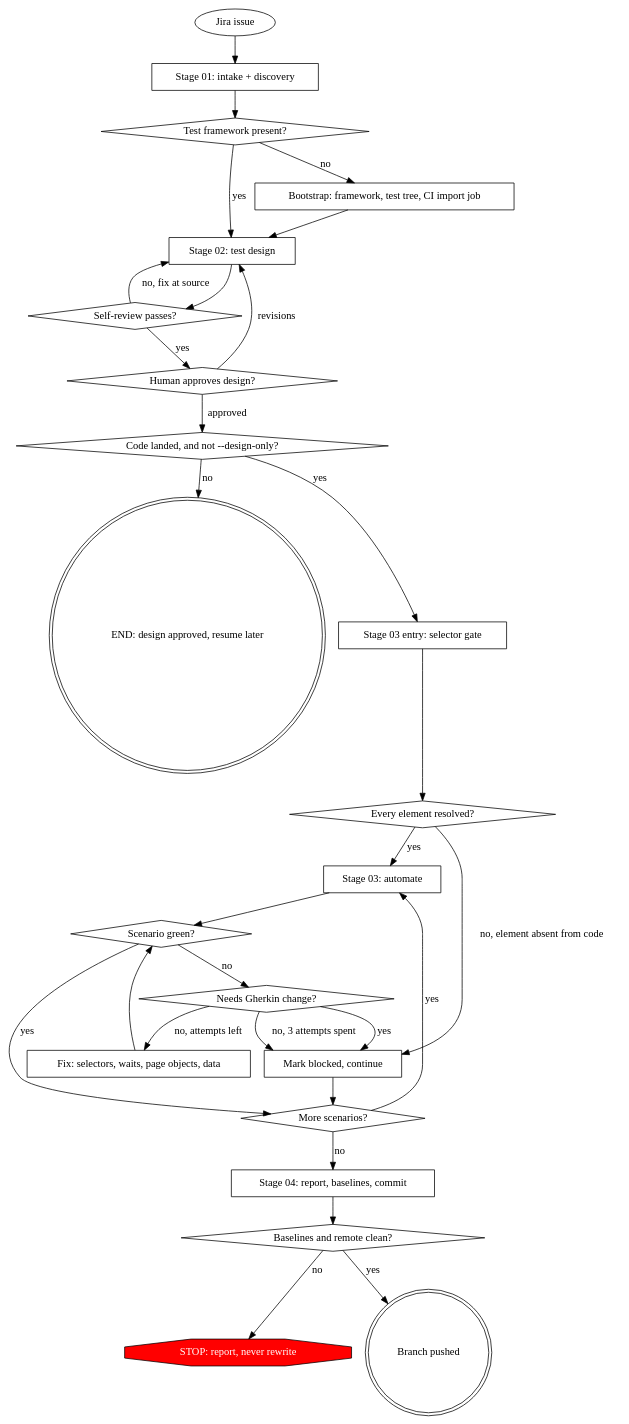
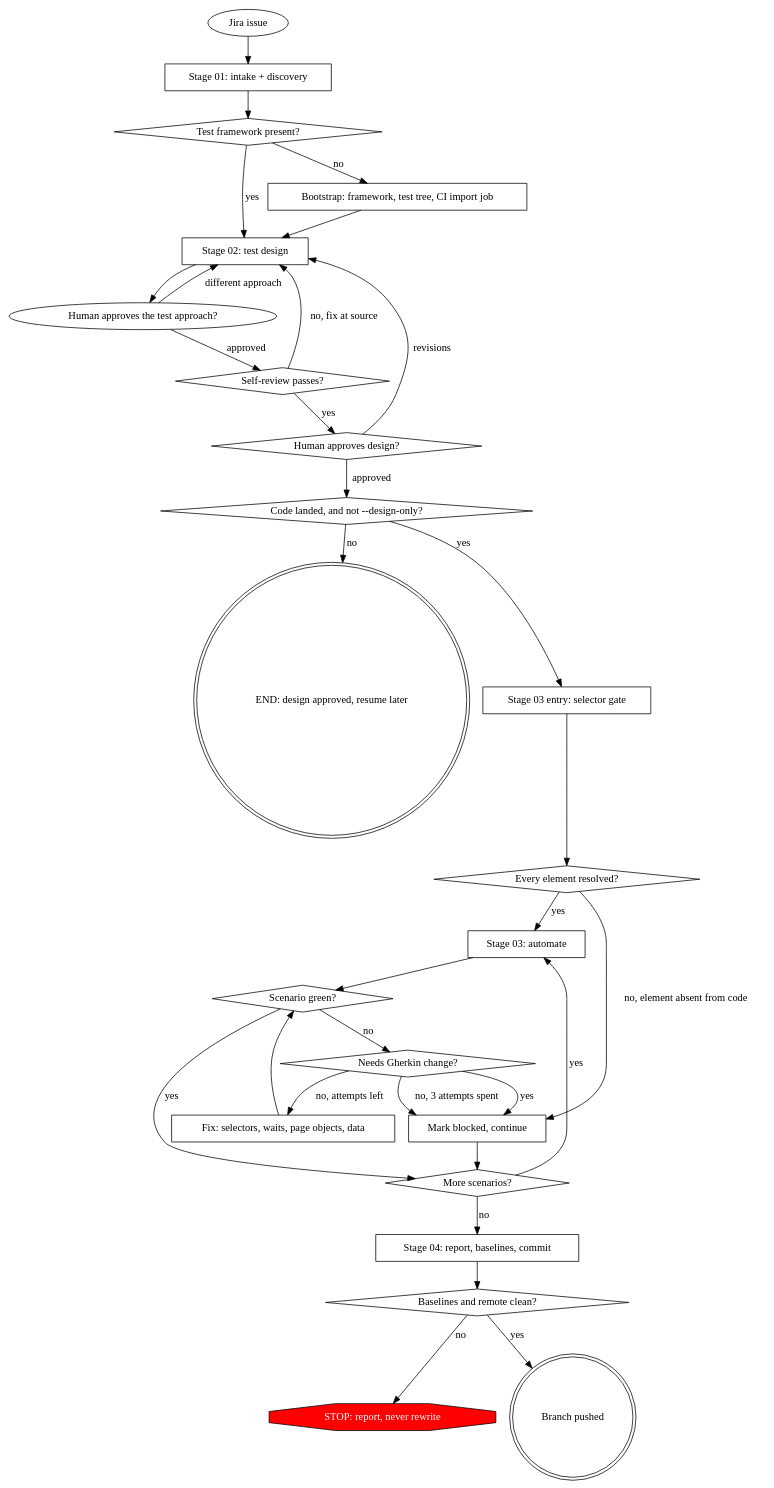
Before and after one commit to chuongxl/agents-skills: the diagram in speckit-qa-auto/README.md, drawn with Graphviz. The commit also changed other lines of this file and 13 other files, not shown here.

````diff
--- a/speckit-qa-auto/README.md
+++ b/speckit-qa-auto/README.md
@@ -78,58 +78,60 @@
 ```dot
 digraph qa_pipeline {
     "Jira issue" [shape=ellipse];
     "Stage 01: intake + discovery" [shape=box];
     "Test framework present?" [shape=diamond];
     "Bootstrap: framework, test tree, CI import job" [shape=box];
     "Stage 02: test design" [shape=box];
     "Self-review passes?" [shape=diamond];
     "Human approves design?" [shape=diamond];
     "Code landed, and not --design-only?" [shape=diamond];
     "END: design approved, resume later" [shape=doublecircle];
     "Stage 03 entry: selector gate" [shape=box];
     "Every element resolved?" [shape=diamond];
     "Stage 03: automate" [shape=box];
     "Scenario green?" [shape=diamond];
     "Needs Gherkin change?" [shape=diamond];
     "Fix: selectors, waits, page objects, data" [shape=box];
     "Mark blocked, continue" [shape=box];
     "More scenarios?" [shape=diamond];
     "Stage 04: report, baselines, commit" [shape=box];
     "Baselines and remote clean?" [shape=diamond];
     "STOP: report, never rewrite" [shape=octagon, style=filled, fillcolor=red, fontcolor=white];
     "Branch pushed" [shape=doublecircle];
 
     "Jira issue" -> "Stage 01: intake + discovery";
     "Stage 01: intake + discovery" -> "Test framework present?";
     "Test framework present?" -> "Bootstrap: framework, test tree, CI import job" [label="no"];
     "Bootstrap: framework, test tree, CI import job" -> "Stage 02: test design";
     "Test framework present?" -> "Stage 02: test design" [label="yes"];
 
-    "Stage 02: test design" -> "Self-review passes?";
+    "Stage 02: test design" -> "Human approves the test approach?";
+    "Human approves the test approach?" -> "Stage 02: test design" [label="different approach"];
+    "Human approves the test approach?" -> "Self-review passes?" [label="approved"];
     "Self-review passes?" -> "Stage 02: test design" [label="no, fix at source"];
     "Self-review passes?" -> "Human approves design?" [label="yes"];
     "Human approves design?" -> "Stage 02: test design" [label="revisions"];
     "Human approves design?" -> "Code landed, and not --design-only?" [label="approved"];
     "Code landed, and not --design-only?" -> "END: design approved, resume later" [label="no"];
     "Code landed, and not --design-only?" -> "Stage 03 entry: selector gate" [label="yes"];
 
     "Stage 03 entry: selector gate" -> "Every element resolved?";
     "Every element resolved?" -> "Mark blocked, continue" [label="no, element absent from code"];
     "Every element resolved?" -> "Stage 03: automate" [label="yes"];
 
     "Stage 03: automate" -> "Scenario green?";
     "Scenario green?" -> "More scenarios?" [label="yes"];
     "Scenario green?" -> "Needs Gherkin change?" [label="no"];
     "Needs Gherkin change?" -> "Mark blocked, continue" [label="yes"];
     "Needs Gherkin change?" -> "Fix: selectors, waits, page objects, data" [label="no, attempts left"];
     "Needs Gherkin change?" -> "Mark blocked, continue" [label="no, 3 attempts spent"];
     "Fix: selectors, waits, page objects, data" -> "Scenario green?";
     "Mark blocked, continue" -> "More scenarios?";
     "More scenarios?" -> "Stage 03: automate" [label="yes"];
     "More scenarios?" -> "Stage 04: report, baselines, commit" [label="no"];
 
     "Stage 04: report, baselines, commit" -> "Baselines and remote clean?";
     "Baselines and remote clean?" -> "Branch pushed" [label="yes"];
     "Baselines and remote clean?" -> "STOP: report, never rewrite" [label="no"];
 }
 ```
````
